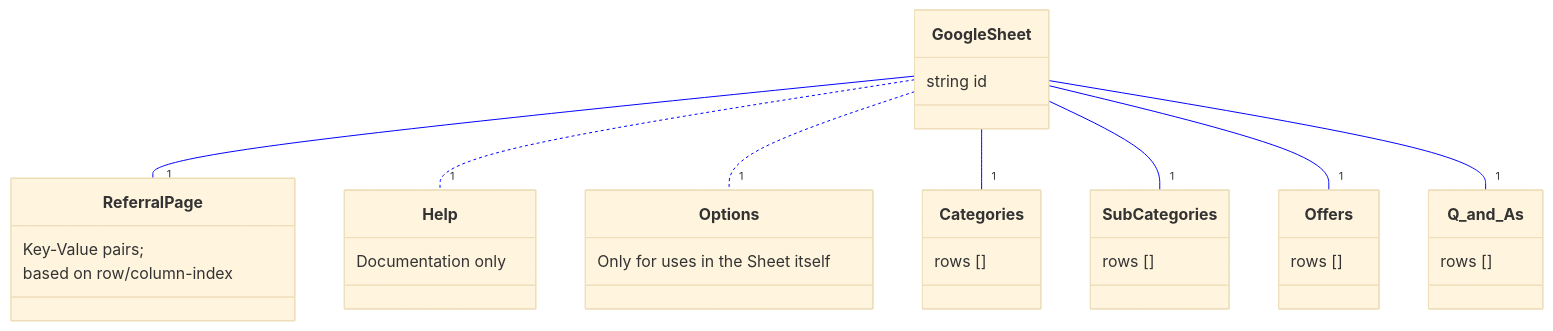
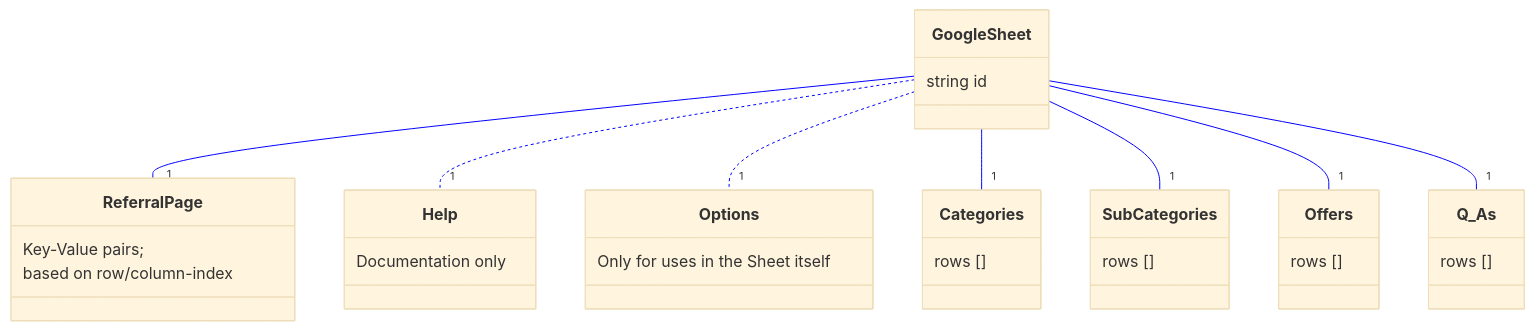
One commit to rodekruis/helpful-information changed the second of 2 diagrams in README.md. Above: the diagram before and after it, drawn with Mermaid. The commit also changed other lines of this file, not shown here.

````diff
--- a/README.md
+++ b/README.md
@@ -231,34 +229,34 @@
 ```mermaid
 %%{ init:{ 'theme':'base', 'themeVariables':{'lineColor':'blue'} }}%%
 
 classDiagram
   class GoogleSheet {
     string id
   }
   class ReferralPage {
     Key-Value pairs;
     based on row/column-index
   }
 
   class Help {
     Documentation only
   }
   class Options {
     Only for uses in the Sheet itself
   }
 
   direction TB
     GoogleSheet -- "1" ReferralPage
     GoogleSheet .. "1" Help
     GoogleSheet .. "1" Options
 
     GoogleSheet -- "1" Categories
     GoogleSheet -- "1" SubCategories
     GoogleSheet -- "1" Offers
-    GoogleSheet -- "1" Q_and_As
+    GoogleSheet -- "1" Q_As
 
     Categories : rows []
     SubCategories : rows []
     Offers : rows []
-    Q_and_As : rows []
+    Q_As : rows []
 ```
````
